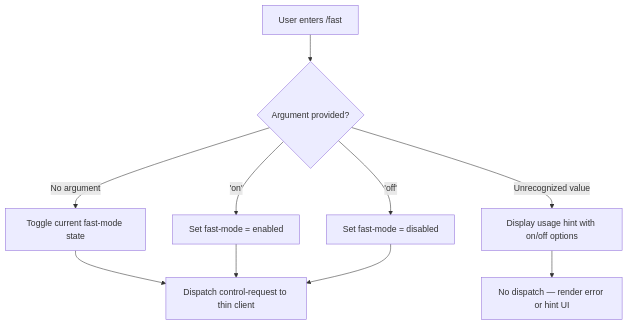
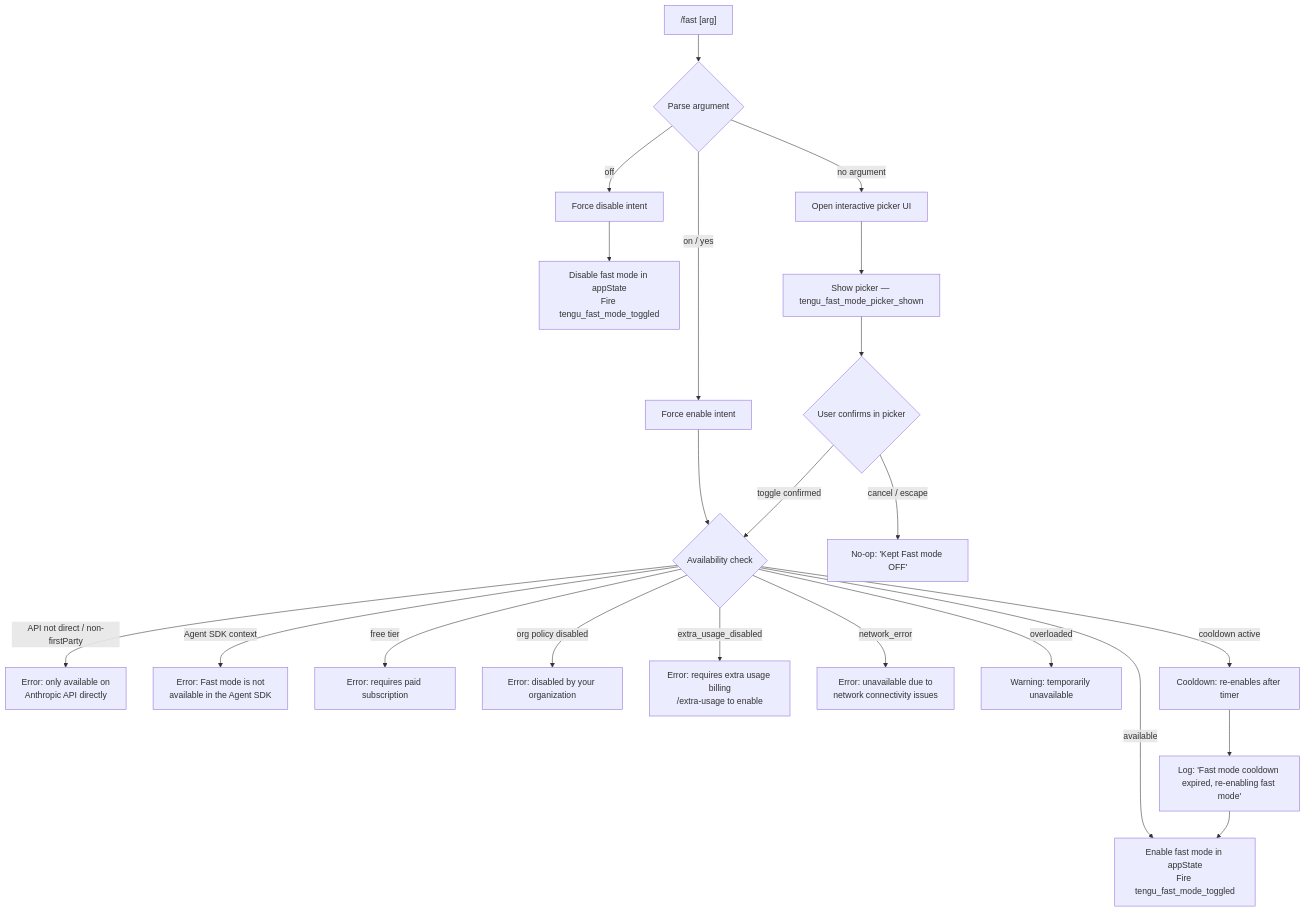
The diagram in versions/v2.1.141/fast.md (MyLittleLuckyDog/cc-gnothi), drawn with Mermaid before and after one commit. The commit also changed other lines of this file and 483 other files, not shown here.

````diff
--- a/versions/v2.1.141/fast.md
+++ b/versions/v2.1.141/fast.md
@@ -47,12 +58,28 @@
 ```mermaid
 flowchart TD
-    A[User enters /fast] --> B{Argument provided?}
-    B -- No argument --> C[Toggle current fast-mode state]
-    B -- 'on' --> D[Set fast-mode = enabled]
-    B -- 'off' --> E[Set fast-mode = disabled]
-    B -- Unrecognized value --> F[Display usage hint with on/off options]
-    C --> G[Dispatch control-request to thin client]
-    D --> G
-    E --> G
-    F --> H[No dispatch — render error or hint UI]
+    A["/fast [arg]"] --> B{Parse argument}
+    B -->|"on / yes"| C[Force enable intent]
+    B -->|"off"| D[Force disable intent]
+    B -->|"no argument"| E[Open interactive picker UI]
+
+    C --> F{Availability check}
+    D --> G[Disable fast mode in appState\nFire tengu_fast_mode_toggled]
+    E --> H[Show picker — tengu_fast_mode_picker_shown]
+
+    F -->|API not direct / non-firstParty| I[Error: only available on\nAnthropic API directly]
+    F -->|Agent SDK context| J[Error: Fast mode is not\navailable in the Agent SDK]
+    F -->|free tier| K[Error: requires paid subscription]
+    F -->|org policy disabled| L[Error: disabled by your organization]
+    F -->|extra_usage_disabled| M[Error: requires extra usage billing\n/extra-usage to enable]
+    F -->|network_error| N[Error: unavailable due to\nnetwork connectivity issues]
+    F -->|overloaded| O[Warning: temporarily unavailable]
+    F -->|cooldown active| P[Cooldown: re-enables after timer]
+    F -->|available| Q[Enable fast mode in appState\nFire tengu_fast_mode_toggled]
+
+    H --> R{User confirms in picker}
+    R -->|toggle confirmed| F
+    R -->|cancel / escape| S[No-op: 'Kept Fast mode OFF']
+
+    P --> T[Log: 'Fast mode cooldown expired, re-enabling fast mode']
+    T --> Q
 ```
````
